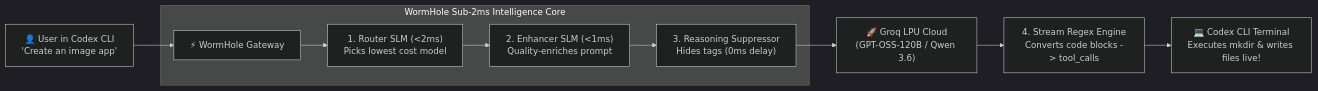
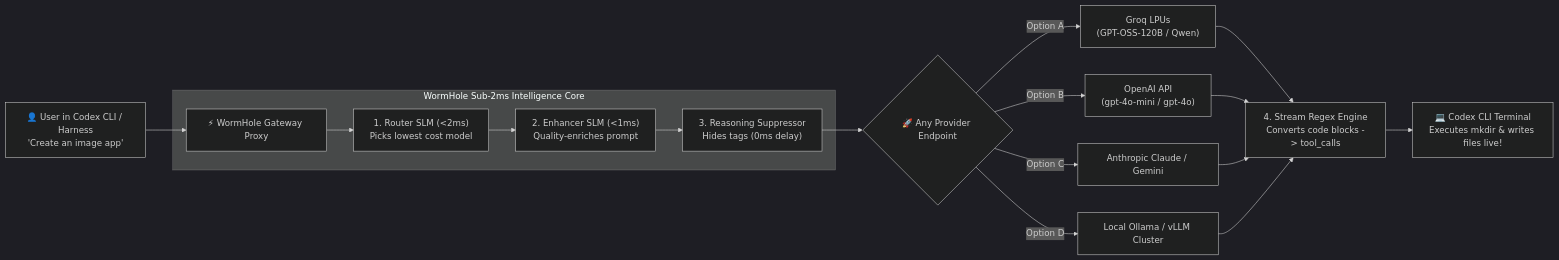
The first of 3 diagrams in README.md (vencat2025/Wormhole), drawn with Mermaid (dark theme) before and after one commit. The commit also changed other lines of this file and 3 other files, not shown here.

````diff
--- a/README.md
+++ b/README.md
@@ -24,14 +24,23 @@
 ```mermaid
 flowchart LR
-    User["👤 User in Codex CLI\n'Create an image app'"] --> GW["⚡ WormHole Gateway"]
+    User["👤 User in Codex CLI / Harness\n'Create an image app'"] --> GW["⚡ WormHole Gateway Proxy"]
     
     subgraph WormHoleCore ["WormHole Sub-2ms Intelligence Core"]
         GW --> Router["1. Router SLM (<2ms)\nPicks lowest cost model"]
         Router --> Enhancer["2. Enhancer SLM (<1ms)\nQuality-enriches prompt"]
         Enhancer --> Suppressor["3. Reasoning Suppressor\nHides <think> tags (0ms delay)"]
     end
     
-    Suppressor --> LPUs["🚀 Groq LPU Cloud\n(GPT-OSS-120B / Qwen 3.6)"]
-    LPUs --> StreamEngine["4. Stream Regex Engine\nConverts code blocks -> tool_calls"]
+    Suppressor --> Providers{"🚀 Any Provider Endpoint"}
+    Providers -->|"Option A"| Groq["Groq LPUs\n(GPT-OSS-120B / Qwen)"]
+    Providers -->|"Option B"| OpenAI["OpenAI API\n(gpt-4o-mini / gpt-4o)"]
+    Providers -->|"Option C"| Anthropic["Anthropic Claude / Gemini"]
+    Providers -->|"Option D"| Local["Local Ollama / vLLM Cluster"]
+    
+    Groq --> StreamEngine["4. Stream Regex Engine\nConverts code blocks -> tool_calls"]
+    OpenAI --> StreamEngine
+    Anthropic --> StreamEngine
+    Local --> StreamEngine
+
     StreamEngine --> Terminal["💻 Codex CLI Terminal\nExecutes mkdir & writes files live!"]
 ```
````
